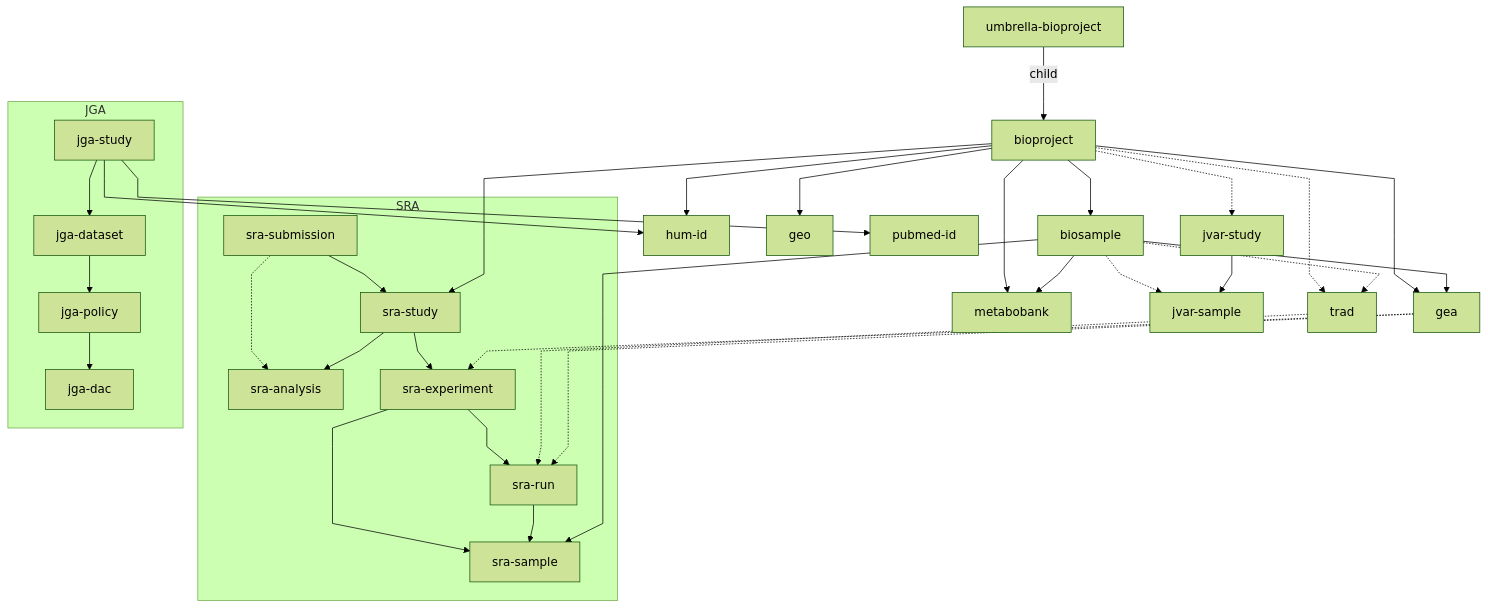
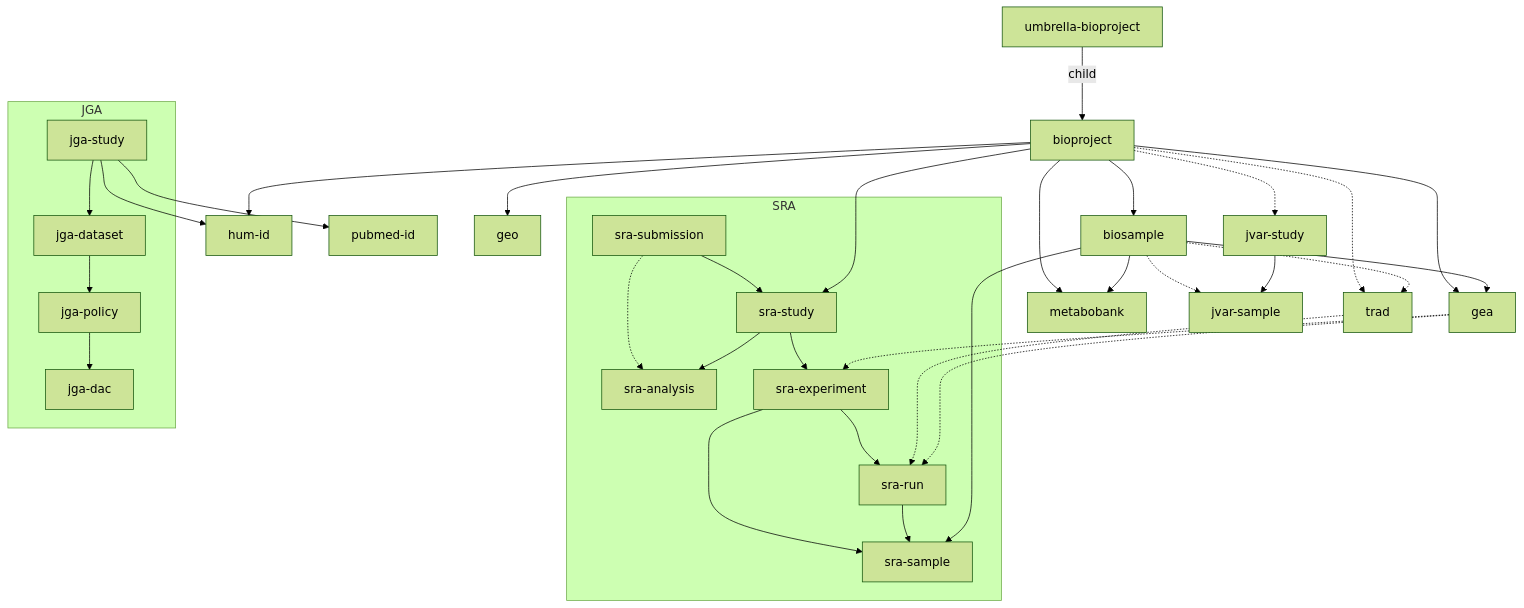
One commit to ddbj/record-idm changed the first of 5 diagrams in docs/relations.md. Above: the diagram before and after it, drawn with Mermaid (forest theme). The commit also changed other lines of this file and 4 other files, not shown here.

Commit message:
Add related repository link to README, resolve open TODOs in record-status and data-model, restructure relations diagrams, and remove dblink references from edge tables

````diff
--- a/docs/relations.md
+++ b/docs/relations.md
@@ -18,46 +17,45 @@
 ```mermaid
-%%{ init: { "flowchart": { "curve": "linear" } } }%%
 graph TD
     BP_U[umbrella-bioproject] -->|child| BP[bioproject]
     BP --> BS[biosample]
 
     subgraph SRA
         DRA[sra-submission] --> DRP[sra-study]
         DRA -.-> DRZ[sra-analysis]
         DRP --> DRX[sra-experiment]
         DRP --> DRZ
         DRX --> DRR[sra-run]
         DRX --> DRS[sra-sample]
         DRR --> DRS
     end
 
     BP --> DRP
     BS --> DRS
 
-    subgraph JGA
-        JGAS[jga-study] --> JGAD[jga-dataset]
-        JGAD --> JGAP[jga-policy]
-        JGAP --> JGAC[jga-dac]
-    end
-
     BP -.-> Trad[trad]
     BS -.-> Trad
     Trad -.-> DRR
 
     BP --> GEA[gea]
     BS --> GEA
     GEA -.-> DRX
     GEA -.-> DRR
 
     BP --> MB[metabobank]
     BS --> MB
 
+    subgraph JGA
+        JGAS[jga-study] --> JGAD[jga-dataset]
+        JGAD --> JGAP[jga-policy]
+        JGAP --> JGAC[jga-dac]
+    end
+
+    JGAS --> hum[hum-id]
+    JGAS --> pubmed[pubmed-id]
+    BP --> hum
+    BP --> geo_id[geo]
+
     BP -.-> dstd[jvar-study]
     BS -.-> JVSmp[jvar-sample]
     dstd --> JVSmp
-
-    BP --> hum[hum-id]
-    BP --> geo_id[geo]
-    JGAS --> hum
-    JGAS --> pubmed[pubmed-id]
 ```
````
